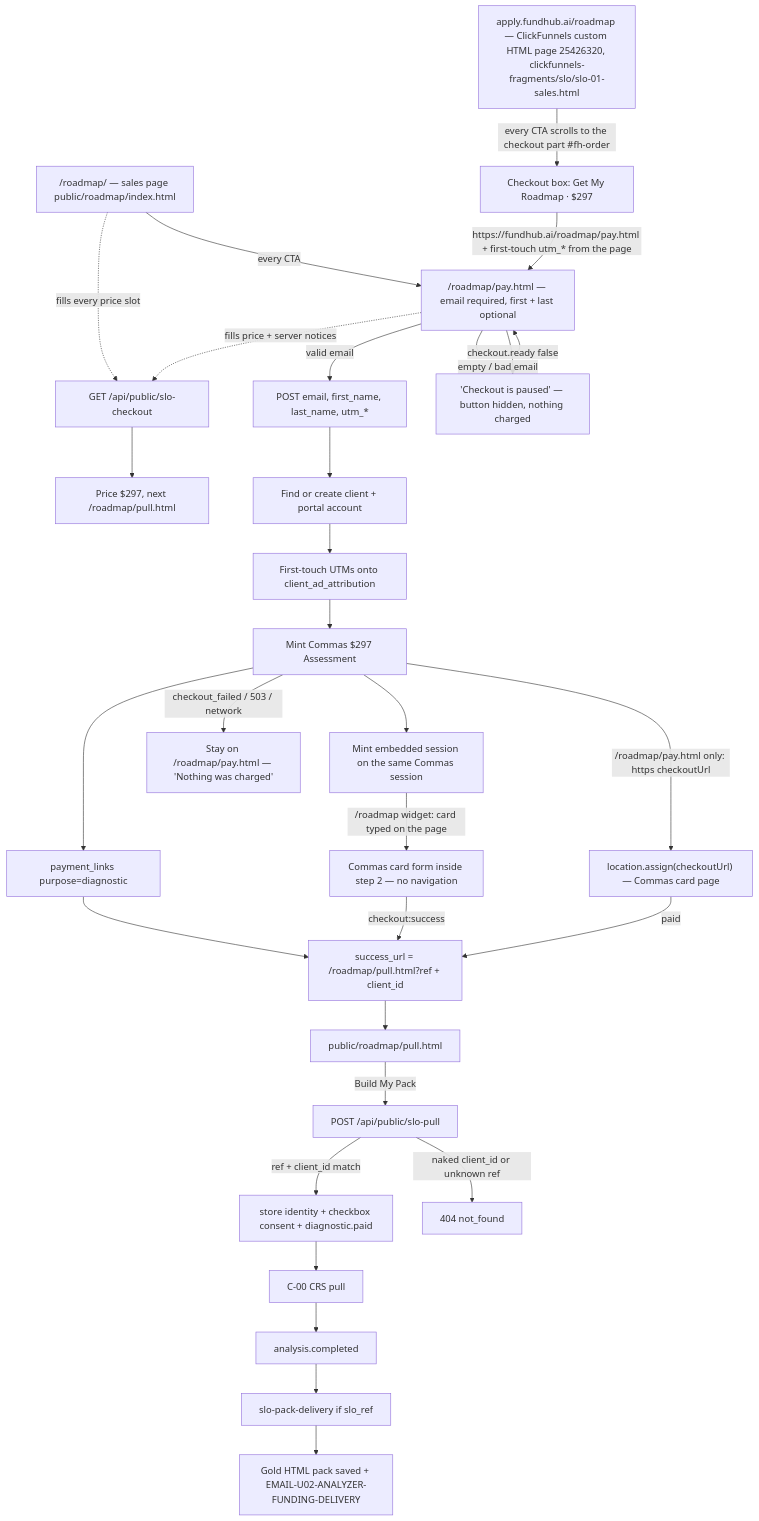
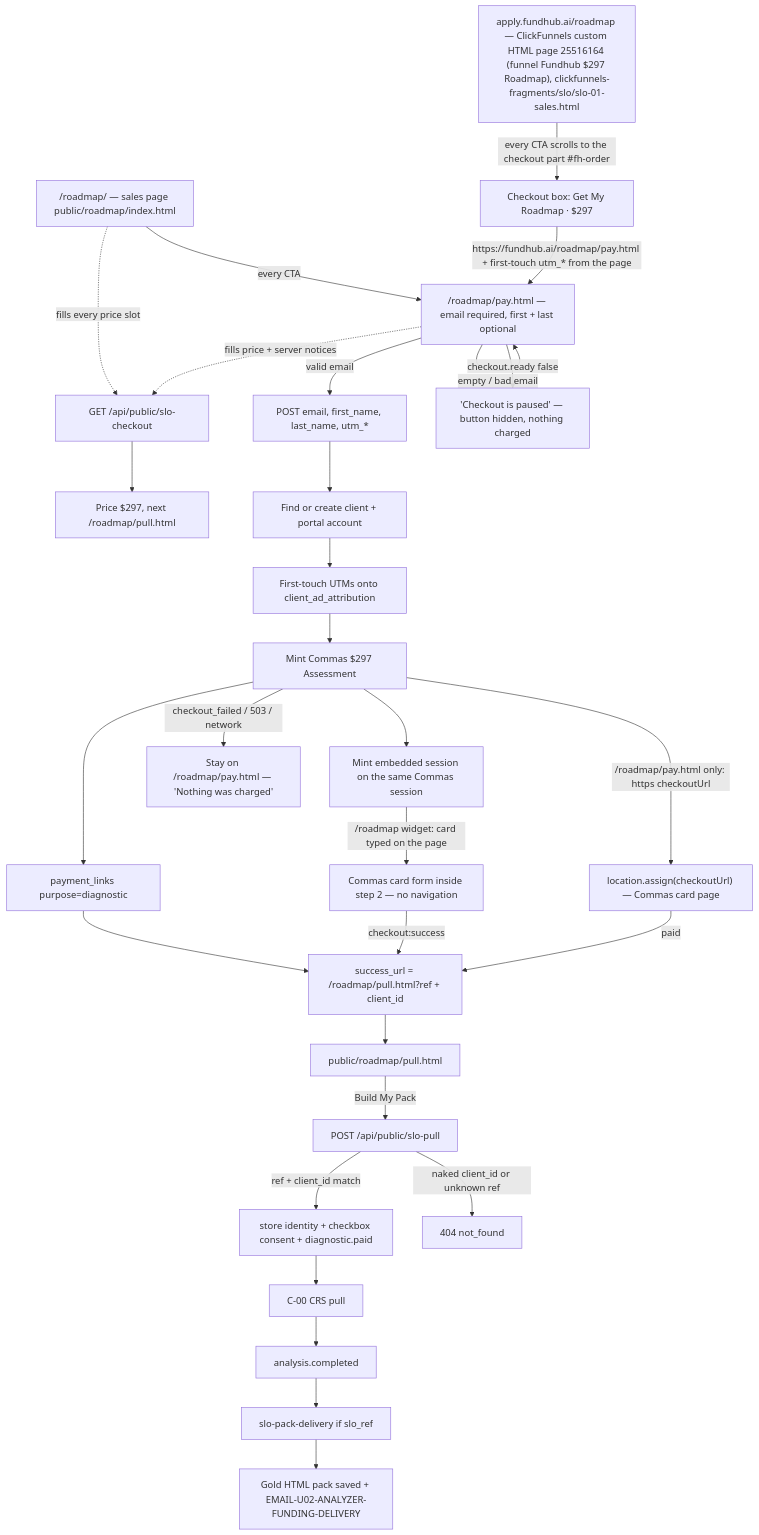
The diagram in docs/journeys/slo-offer-actual.md (ZootimusMaximusSupreme/Fundhub_ai), drawn with Mermaid before and after one commit. The commit also changed other lines of this file and 2 other files, not shown here.

Commit message:
Document the two-funnel map and what each step tracks

````diff
--- a/docs/journeys/slo-offer-actual.md
+++ b/docs/journeys/slo-offer-actual.md
@@ -9,31 +9,31 @@
 ```mermaid
 flowchart TD
   S["/roadmap/ — sales page public/roadmap/index.html"] -->|every CTA| P["/roadmap/pay.html — email required, first + last optional"]
-  CF["apply.fundhub.ai/roadmap — ClickFunnels custom HTML page 25426320, clickfunnels-fragments/slo/slo-01-sales.html"] -->|"every CTA scrolls to the checkout part #fh-order"| CFB["Checkout box: Get My Roadmap · $297"]
+  CF["apply.fundhub.ai/roadmap — ClickFunnels custom HTML page 25516164 (funnel Fundhub $297 Roadmap), clickfunnels-fragments/slo/slo-01-sales.html"] -->|"every CTA scrolls to the checkout part #fh-order"| CFB["Checkout box: Get My Roadmap · $297"]
   CFB -->|"https://fundhub.ai/roadmap/pay.html + first-touch utm_* from the page"| P
   S -. fills every price slot .-> A
   P -. fills price + server notices .-> A
   A["GET /api/public/slo-checkout"] --> B["Price $297, next /roadmap/pull.html"]
   P -->|"valid email"| C
   P -->|"empty / bad email"| P
   P -->|"checkout.ready false"| PAUSE["'Checkout is paused' — button hidden, nothing charged"]
   C["POST email, first_name, last_name, utm_*"] --> D["Find or create client + portal account"]
   D --> ATTR["First-touch UTMs onto client_ad_attribution"]
   ATTR --> E["Mint Commas $297 Assessment"]
   E --> F["payment_links purpose=diagnostic"]
   F --> G["success_url = /roadmap/pull.html?ref + client_id"]
   E --> EMB["Mint embedded session on the same Commas session"]
   EMB -->|"/roadmap widget: card typed on the page"| CARDIN["Commas card form inside step 2 — no navigation"]
   E -->|"/roadmap/pay.html only: https checkoutUrl"| CARD["location.assign(checkoutUrl) — Commas card page"]
   E -->|"checkout_failed / 503 / network"| PFAIL["Stay on /roadmap/pay.html — 'Nothing was charged'"]
   CARDIN -->|"checkout:success"| G
   CARD -->|paid| G
   G --> H["public/roadmap/pull.html"]
   H -->|"Build My Pack"| I["POST /api/public/slo-pull"]
   I -->|"ref + client_id match"| J["store identity + checkbox consent + diagnostic.paid"]
   I -->|"naked client_id or unknown ref"| K["404 not_found"]
   J --> L["C-00 CRS pull"]
   L --> M["analysis.completed"]
   M --> N["slo-pack-delivery if slo_ref"]
   N --> O["Gold HTML pack saved + EMAIL-U02-ANALYZER-FUNDING-DELIVERY"]
 ```
````
